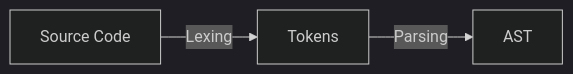
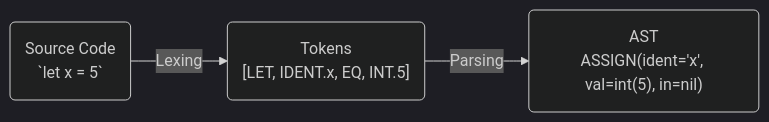
The diagram in notes/1-lexing.md (josepdaniel/monkey), drawn with Mermaid (dark theme) before and after one commit. The commit also changed other lines of this file and 6 other files, not shown here.

````diff
--- a/notes/1-lexing.md
+++ b/notes/1-lexing.md
@@ -3,4 +6,4 @@
 ```mermaid
 graph LR
-    A[Source Code] -- Lexing --> B[Tokens] -- Parsing --> C[AST]
+    A("Source Code\n`let x = 5`") -- Lexing --> B("Tokens\n[LET, IDENT.x, EQ, INT.5]") -- Parsing --> C("AST\nASSIGN(ident='x', val=int(5), in=nil)")
 ```
````
